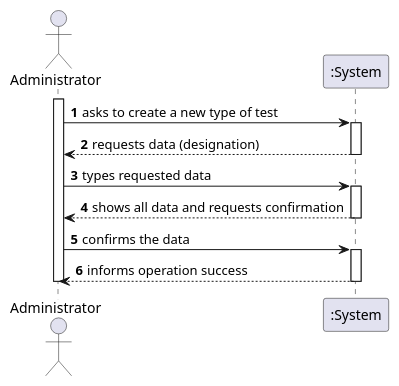
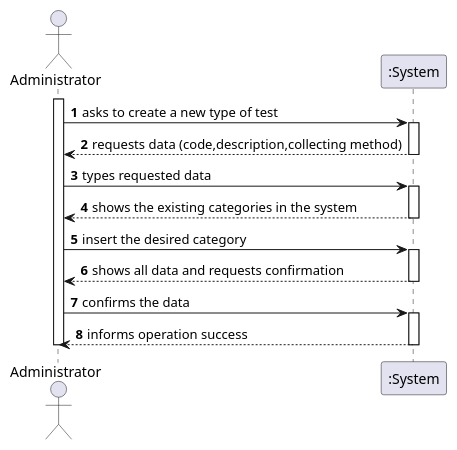
The diagram in docs/SprintB/US09/US09_SSD.puml (manu-07-ela/LAPR2_ISEP), drawn with PlantUML before and after one commit.

Commit message:
Adding a step to the US9 SSD

```diff
--- a/docs/SprintB/US09/US09_SSD.puml
+++ b/docs/SprintB/US09/US09_SSD.puml
@@ -1,23 +1,28 @@
 @startuml
 autonumber
 actor "Administrator" as Adm
 
 activate Adm
 Adm -> ":System" : asks to create a new type of test
 activate ":System"
-":System" --> Adm : requests data (designation)
+":System" --> Adm : requests data (code,description,collecting method)
 deactivate ":System"
 
 Adm -> ":System" : types requested data
+activate ":System"
+":System" --> Adm : shows the existing categories in the system
+deactivate ":System"
+
+Adm -> ":System" : insert the desired category
 activate ":System"
 ":System" --> Adm : shows all data and requests confirmation
 deactivate ":System"
 
 Adm -> ":System" : confirms the data
 activate ":System"
 ":System" --> Adm : informs operation success
 deactivate ":System"
 
 deactivate Adm
 
 @enduml
```
